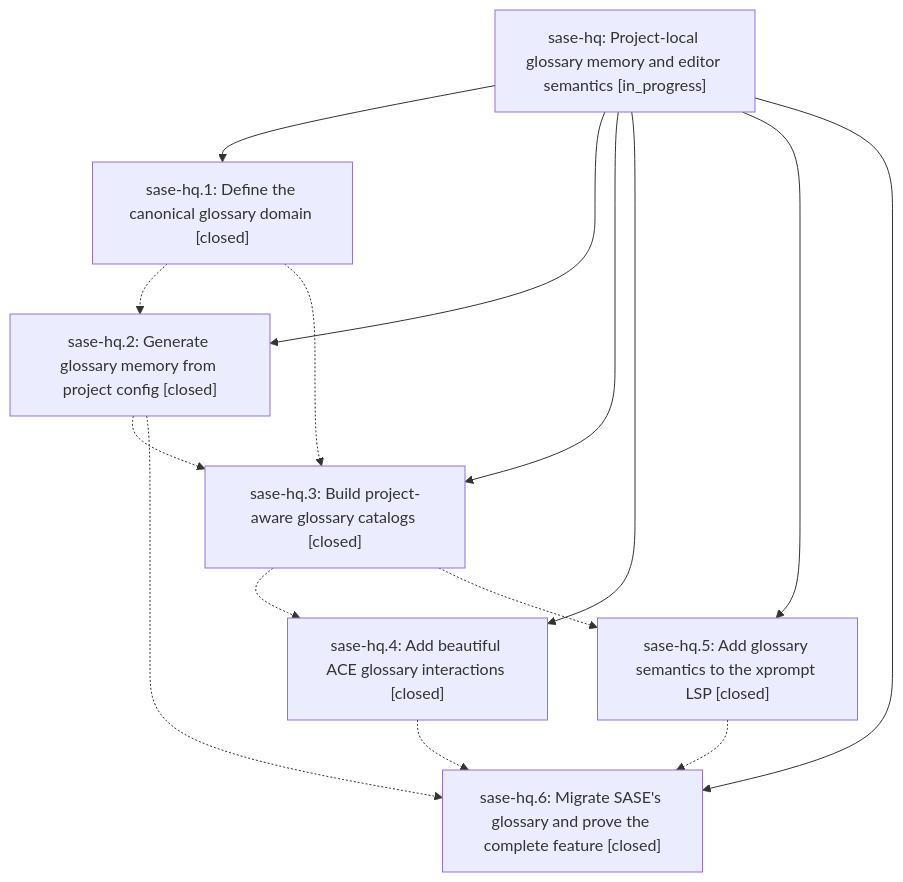
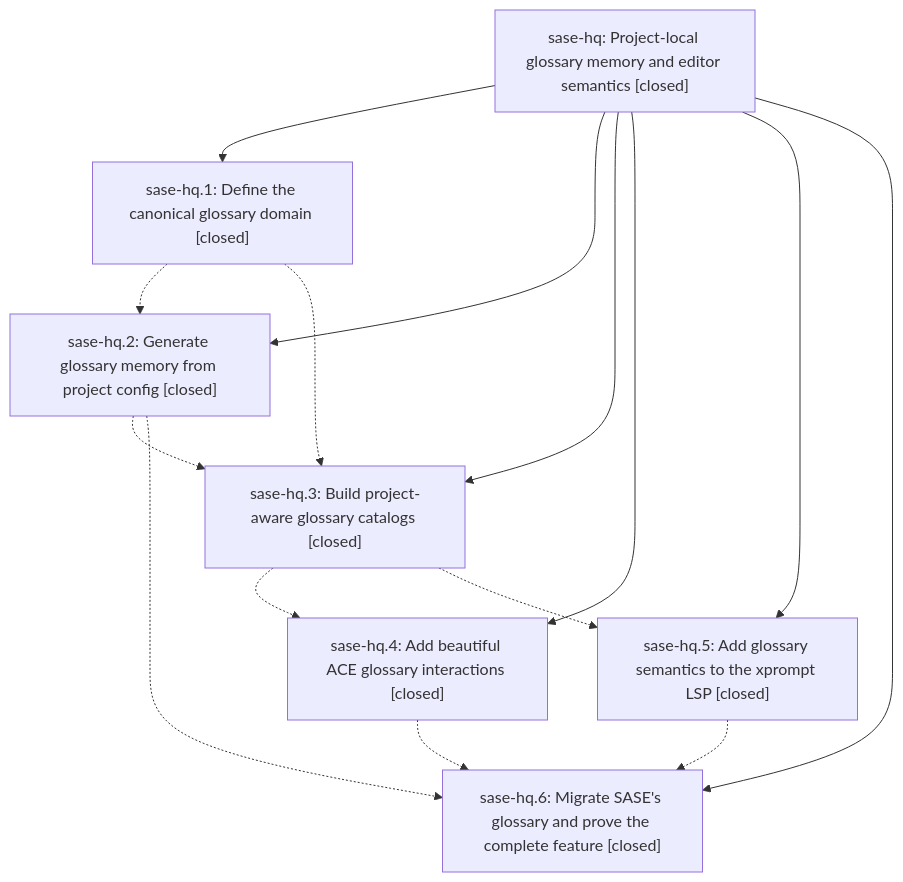
One commit to sase-org/sase--beads changed the diagram in pages/sase-hq/README.md. Above: the diagram before and after it, drawn with Mermaid. The commit also changed other lines of this file, not shown here.

First line of the commit message:
chore(beads): sync bead state and pages for sase-hq

````diff
--- a/pages/sase-hq/README.md
+++ b/pages/sase-hq/README.md
@@ -33,24 +65,24 @@
 ```mermaid
 flowchart TD
-    n0["sase-hq: Project-local glossary memory and editor semantics [in_progress]"]
+    n0["sase-hq: Project-local glossary memory and editor semantics [closed]"]
     n1["sase-hq.1: Define the canonical glossary domain [closed]"]
     n2["sase-hq.2: Generate glossary memory from project config [closed]"]
     n3["sase-hq.3: Build project-aware glossary catalogs [closed]"]
     n4["sase-hq.4: Add beautiful ACE glossary interactions [closed]"]
     n5["sase-hq.5: Add glossary semantics to the xprompt LSP [closed]"]
     n6["sase-hq.6: Migrate SASE's glossary and prove the complete feature [closed]"]
     n0 --> n1
     n0 --> n2
     n0 --> n3
     n0 --> n4
     n0 --> n5
     n0 --> n6
     n1 -.-> n2
     n1 -.-> n3
     n2 -.-> n3
     n2 -.-> n6
     n3 -.-> n4
     n3 -.-> n5
     n4 -.-> n6
     n5 -.-> n6
 ```
````
